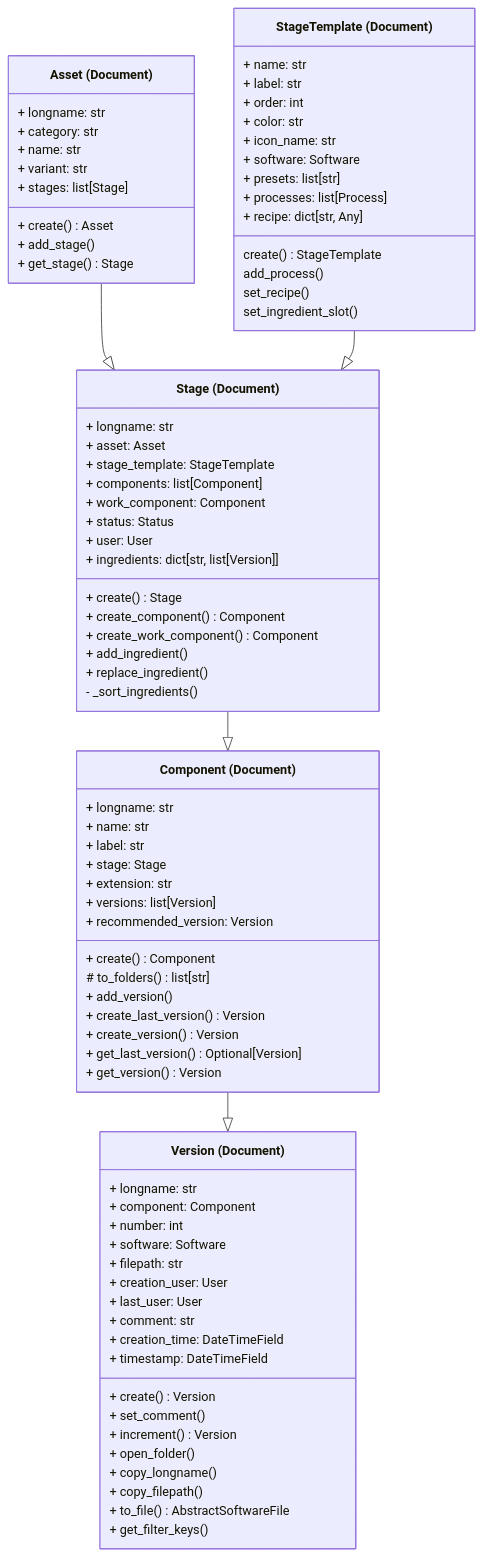
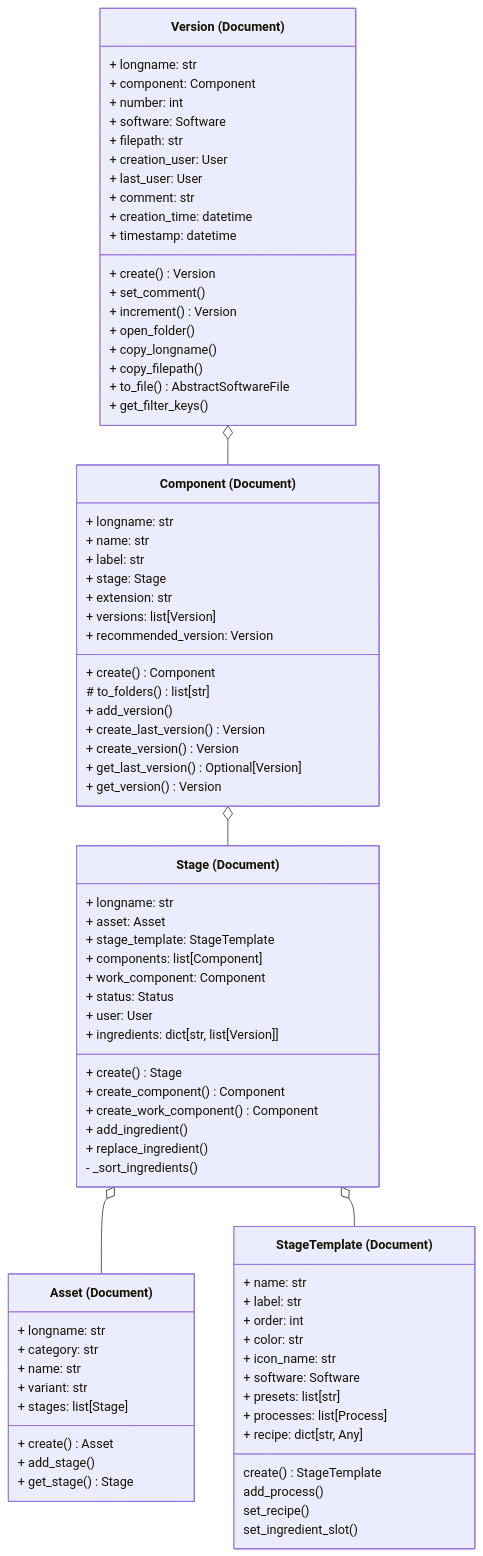
The diagram in Documentation/docs/reference/assets_structure.md (Martin-Chailloux/Zephyr), drawn with Mermaid before and after one commit. The commit also changed other lines of this file and 12 other files, not shown here.

Commit message:
feat [doc]: refined assets structure + turbine diagram

````diff
--- a/Documentation/docs/reference/assets_structure.md
+++ b/Documentation/docs/reference/assets_structure.md
@@ -5,9 +29,11 @@
 ``` mermaid
 classDiagram
-    Asset --|> Stage
-    StageTemplate --|> Stage
-    Stage --|> Component
-    Component --|> Version
+    direction BT
+    
+    Asset --o Stage
+    StageTemplate --o Stage
+    Stage --o Component
+    Component --o Version
 
     class Asset["Asset (Document)"]{
         + longname: str
@@ -83,8 +109,8 @@
         + creation_user: User
         + last_user: User
         + comment: str
-        + creation_time: DateTimeField
-        + timestamp: DateTimeField
+        + creation_time: datetime
+        + timestamp: datetime
         
         + create() Version
         + set_comment()
````
